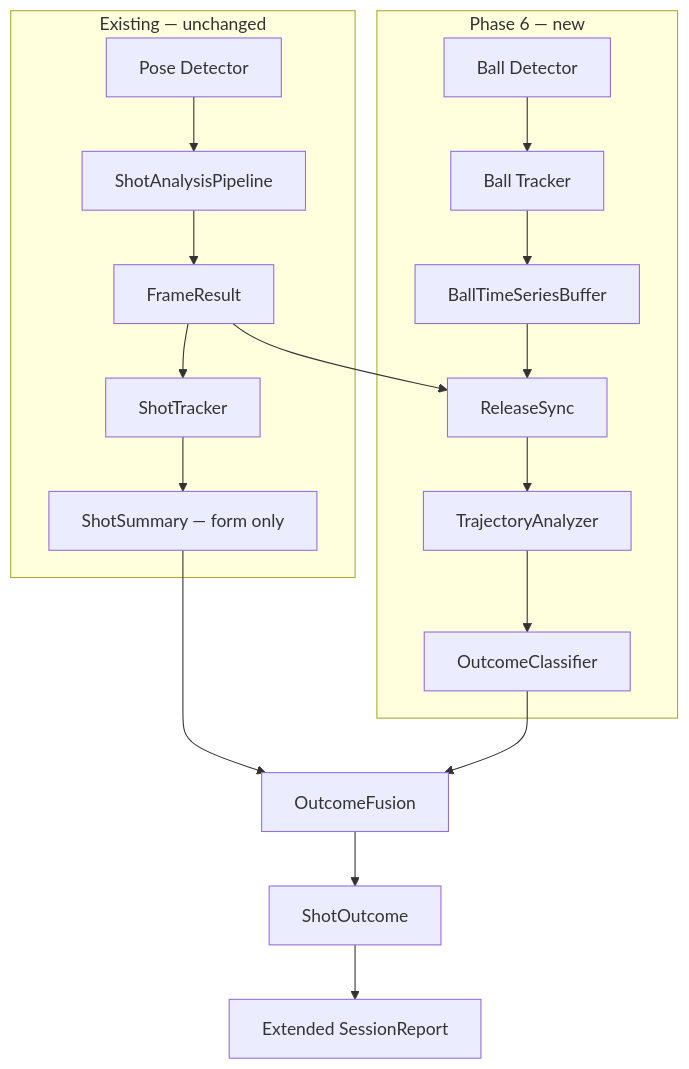
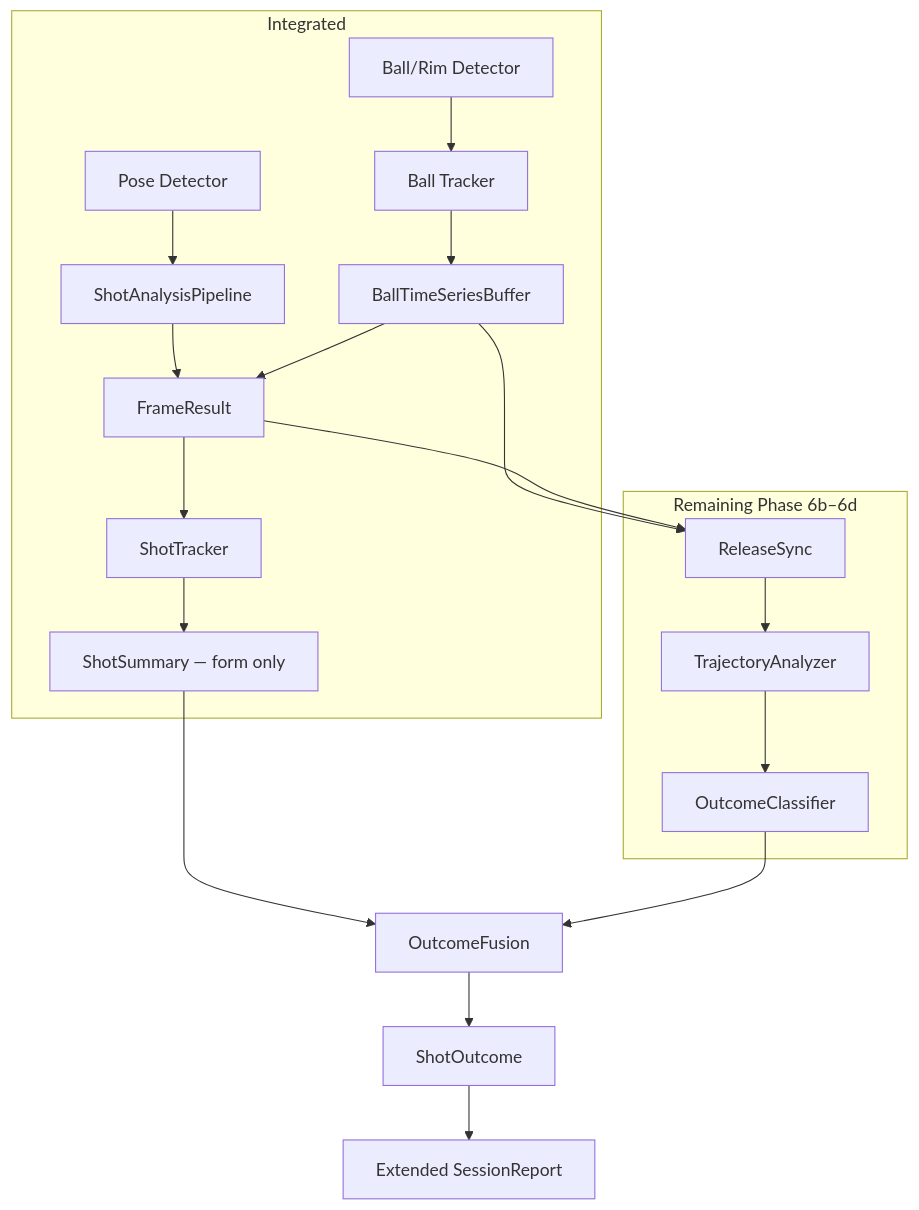
The first of 2 diagrams in docs/PHASE_6_BALL_AND_OUTCOME.md (kareem-sh/Swishy), drawn with Mermaid before and after one commit. The commit also changed other lines of this file and 46 other files, not shown here.

Commit message:
link the rim detection and ball

````diff
--- a/docs/PHASE_6_BALL_AND_OUTCOME.md
+++ b/docs/PHASE_6_BALL_AND_OUTCOME.md
@@ -86,23 +103,24 @@
 ```mermaid
 flowchart TD
-    subgraph existing [Existing — unchanged]
+    subgraph integrated [Integrated]
         A[Pose Detector] --> B[ShotAnalysisPipeline]
         B --> C[FrameResult]
         C --> D[ShotTracker]
         D --> E[ShotSummary — form only]
+        F[Ball/Rim Detector] --> G[Ball Tracker]
+        G --> H[BallTimeSeriesBuffer]
+        H --> C
     end
 
-    subgraph phase6 [Phase 6 — new]
-        F[Ball Detector] --> G[Ball Tracker]
-        G --> H[BallTimeSeriesBuffer]
+    subgraph remaining [Remaining Phase 6b–6d]
         H --> I[ReleaseSync]
         I --> J[TrajectoryAnalyzer]
         J --> K[OutcomeClassifier]
     end
 
     C --> I
     E --> L[OutcomeFusion]
     K --> L
     L --> M[ShotOutcome]
     M --> N[Extended SessionReport]
 ```
````
